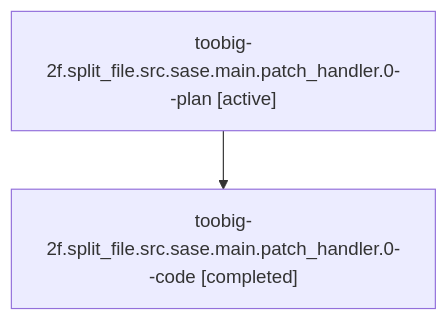
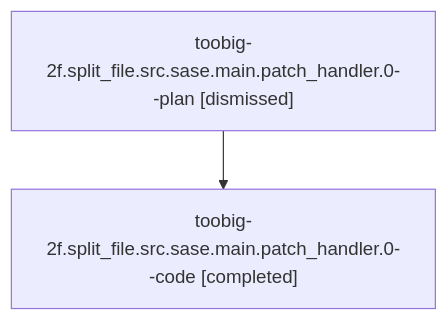
The diagram in sessions/bbugyi200.athena.toobig-2f.split_file.src.sase.main.patch_handler.0.md (sase-org/sase--agents), drawn with Mermaid before and after one commit. The commit also changed other lines of this file and 42 other files, not shown here.

````diff
--- a/sessions/bbugyi200.athena.toobig-2f.split_file.src.sase.main.patch_handler.0.md
+++ b/sessions/bbugyi200.athena.toobig-2f.split_file.src.sase.main.patch_handler.0.md
@@ -9,6 +9,6 @@
 ```mermaid
 flowchart TD
-  n0["toobig-2f.split_file.src.sase.main.patch_handler.0--plan [active]"]
+  n0["toobig-2f.split_file.src.sase.main.patch_handler.0--plan [dismissed]"]
   n1["toobig-2f.split_file.src.sase.main.patch_handler.0--code [completed]"]
   n0 --> n1
 ```
````
